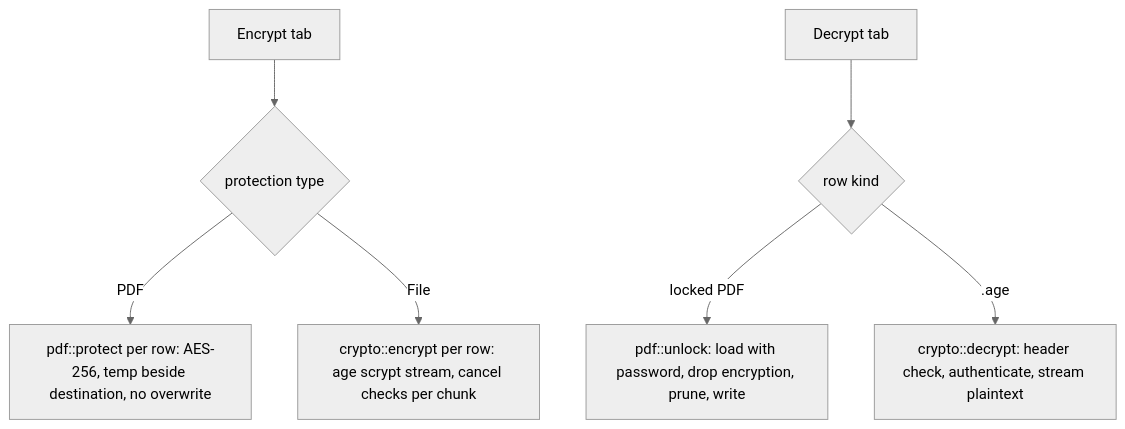
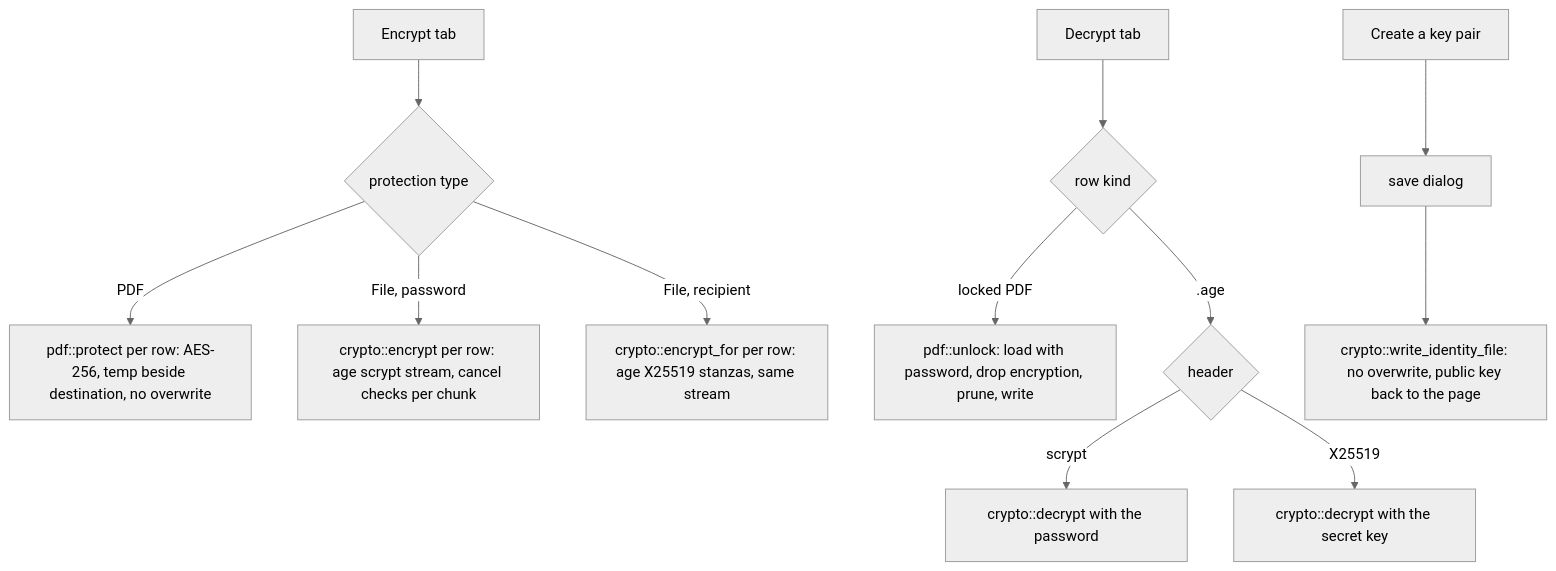
Before and after one commit to preska-elixirr/doc_converter: the diagram in docs/ENCRYPTION.md, drawn with Mermaid (neutral theme). The commit also changed other lines of this file and 33 other files, not shown here.

````diff
--- a/docs/ENCRYPTION.md
+++ b/docs/ENCRYPTION.md
@@ -54,9 +74,13 @@
 ```mermaid
 flowchart TD
   A[Encrypt tab] --> B{protection type}
   B -- PDF --> C[pdf::protect per row: AES-256, temp beside destination, no overwrite]
-  B -- File --> D[crypto::encrypt per row: age scrypt stream, cancel checks per chunk]
+  B -- File, password --> D[crypto::encrypt per row: age scrypt stream, cancel checks per chunk]
+  B -- File, recipient --> D2[crypto::encrypt_for per row: age X25519 stanzas, same stream]
   E[Decrypt tab] --> F{row kind}
   F -- locked PDF --> G[pdf::unlock: load with password, drop encryption, prune, write]
-  F -- .age --> H[crypto::decrypt: header check, authenticate, stream plaintext]
+  F -- .age --> H{header}
+  H -- scrypt --> I[crypto::decrypt with the password]
+  H -- X25519 --> J[crypto::decrypt with the secret key]
+  K[Create a key pair] --> L[save dialog] --> M[crypto::write_identity_file: no overwrite, public key back to the page]
 ```
````
